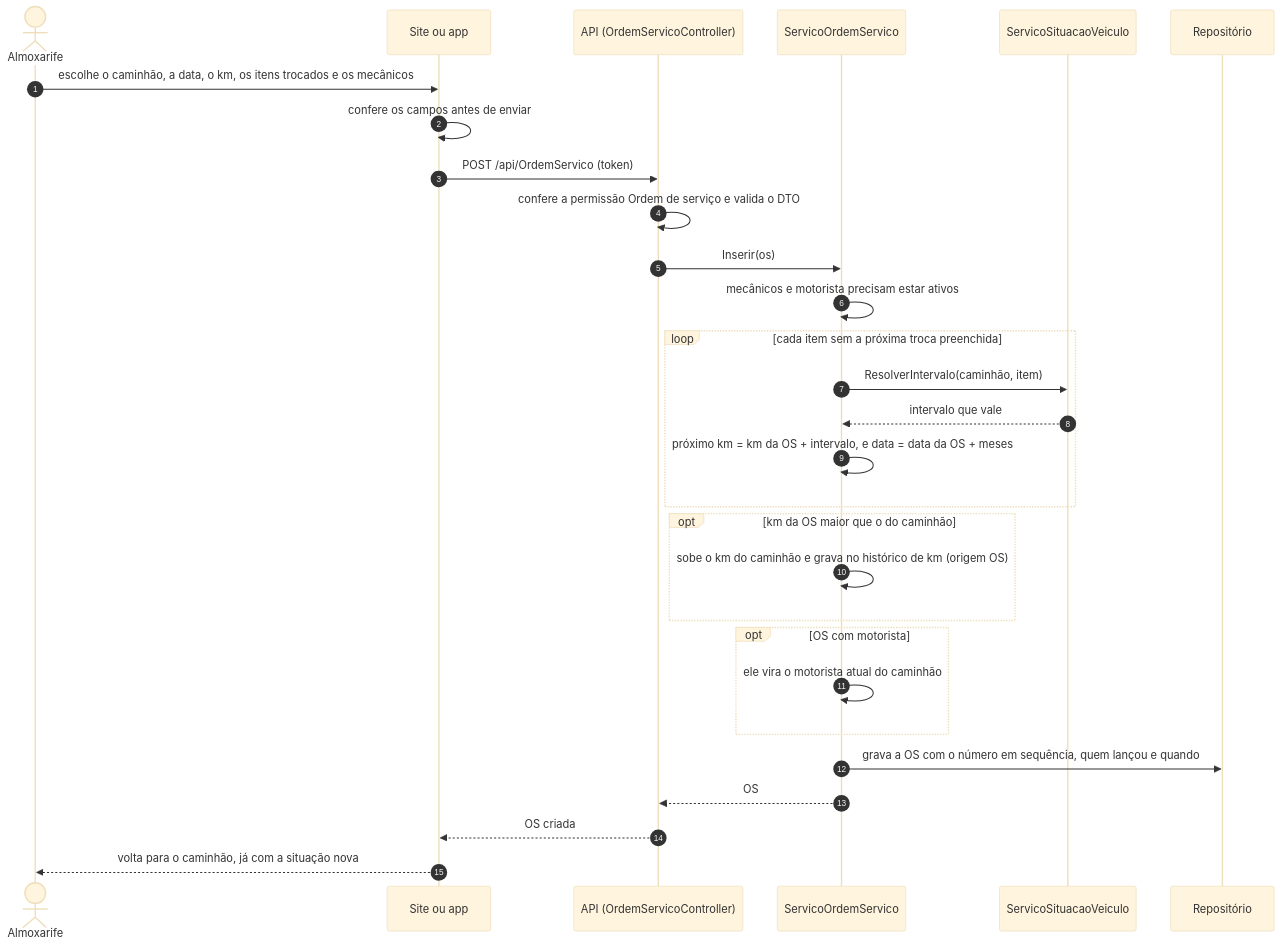
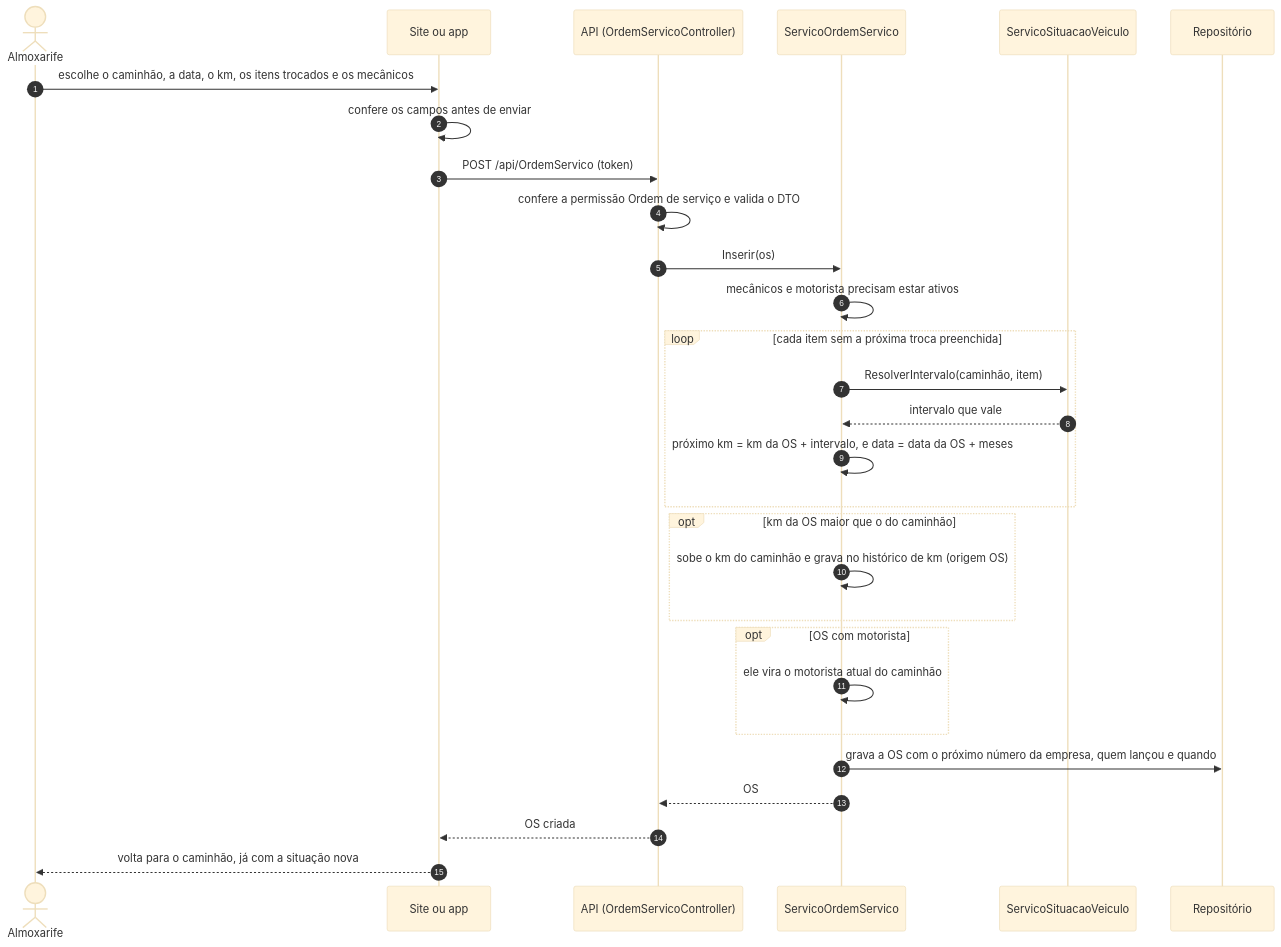
The third of 9 diagrams in docs/fluxos.md (LeandroPoletti/CheckTruck), drawn with Mermaid (base theme) before and after one commit. The commit also changed other lines of this file and 74 other files, not shown here.

````diff
--- a/docs/fluxos.md
+++ b/docs/fluxos.md
@@ -59,32 +59,32 @@
 ```mermaid
 sequenceDiagram
     autonumber
     actor P as Almoxarife
     participant C as Site ou app
     participant A as API (OrdemServicoController)
     participant O as ServicoOrdemServico
     participant S as ServicoSituacaoVeiculo
     participant R as Repositório
 
     P->>C: escolhe o caminhão, a data, o km, os itens trocados e os mecânicos
     C->>C: confere os campos antes de enviar
     C->>A: POST /api/OrdemServico (token)
     A->>A: confere a permissão Ordem de serviço e valida o DTO
     A->>O: Inserir(os)
     O->>O: mecânicos e motorista precisam estar ativos
     loop cada item sem a próxima troca preenchida
         O->>S: ResolverIntervalo(caminhão, item)
         S-->>O: intervalo que vale
         O->>O: próximo km = km da OS + intervalo, e data = data da OS + meses
     end
     opt km da OS maior que o do caminhão
         O->>O: sobe o km do caminhão e grava no histórico de km (origem OS)
     end
     opt OS com motorista
         O->>O: ele vira o motorista atual do caminhão
     end
-    O->>R: grava a OS com o número em sequência, quem lançou e quando
+    O->>R: grava a OS com o próximo número da empresa, quem lançou e quando
     O-->>A: OS
     A-->>C: OS criada
     C-->>P: volta para o caminhão, já com a situação nova
 ```
````
